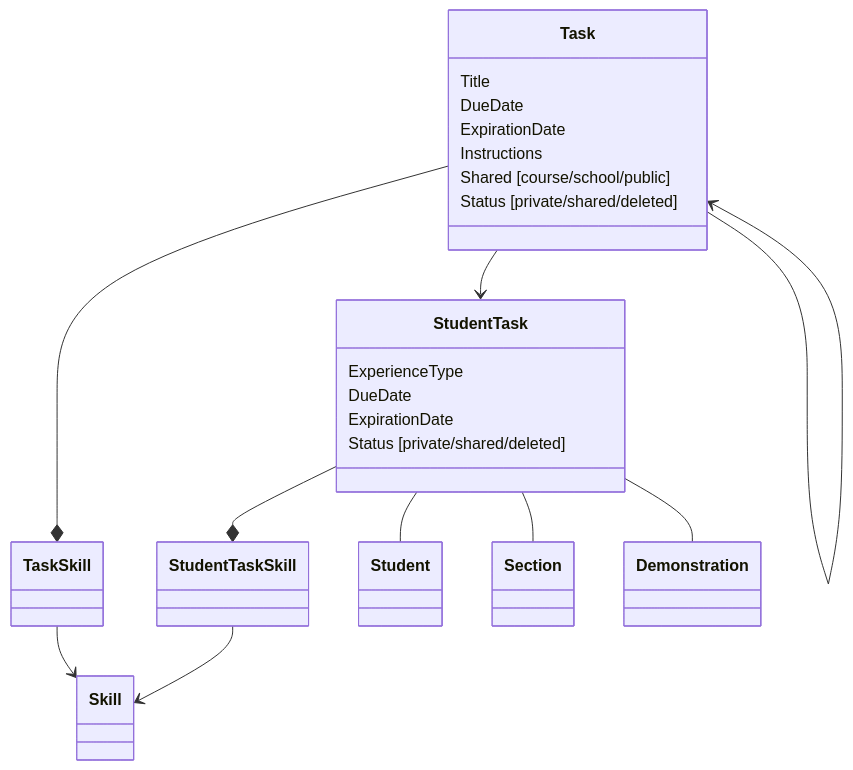
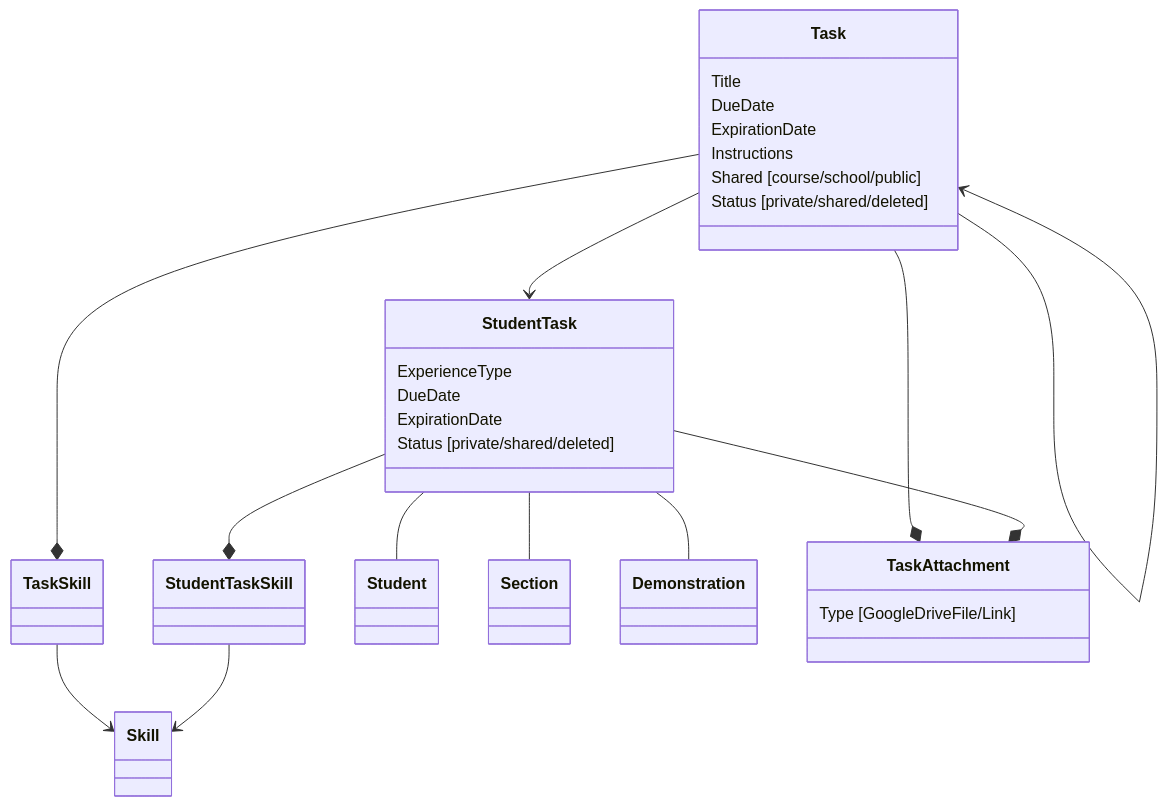
One commit to SlateFoundation/slate-cbl-book changed the diagram in data/tasks.md. Above: the diagram before and after it, drawn with Mermaid.

Commit message:
Add TaskAttachment

````diff
--- a/data/tasks.md
+++ b/data/tasks.md
@@ -3,25 +3,30 @@
 ```mermaid
 classDiagram
 
 Task --> Task
 Task --* TaskSkill
 TaskSkill --> Skill
 Task --> StudentTask
 StudentTask --* StudentTaskSkill
 StudentTask -- Student
 StudentTask -- Section
 StudentTask -- Demonstration
 StudentTaskSkill --> Skill
+Task --* TaskAttachment
+StudentTask --* TaskAttachment
 
 Task : Title
 Task : DueDate
 Task : ExpirationDate
 Task : Instructions
 Task : Shared [course/school/public]
 Task : Status [private/shared/deleted]
 
 StudentTask : ExperienceType
 StudentTask : DueDate
 StudentTask : ExpirationDate
 StudentTask : Status [private/shared/deleted]
+
+TaskAttachment : Type [GoogleDriveFile/Link]
+
 ```
````
